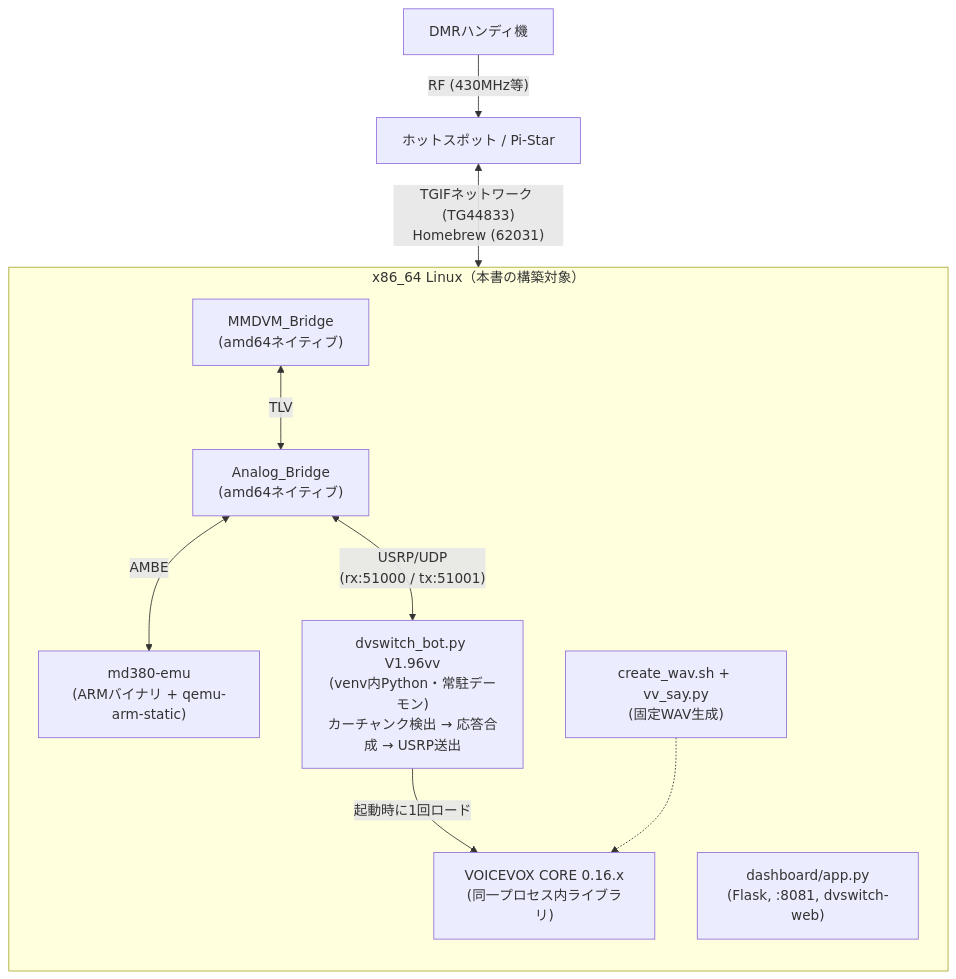
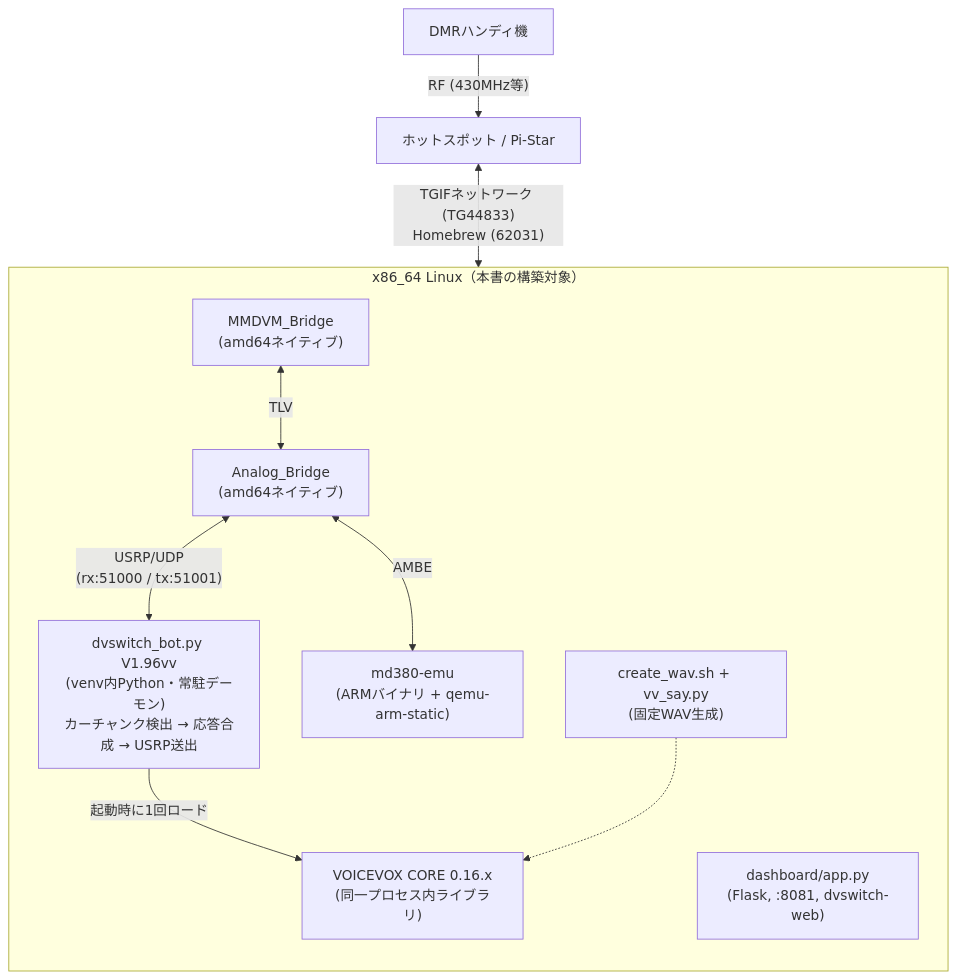
One commit to ji2tab/OpenCCVoice-For-DVSwitch changed the diagram in dvs_ocv_vv/OpenCCVoice for DVSwitch VV版（VOICEVOX）構築手順書.md. Above: the diagram before and after it, drawn with Mermaid. The commit also changed other lines of this file, not shown here.

First line of the commit message:
docs(vv): 0.2 構成図の md380-emu を右側に配置してレイアウトを整理

````diff
--- a/dvs_ocv_vv/OpenCCVoice for DVSwitch VV版（VOICEVOX）構築手順書.md
+++ b/dvs_ocv_vv/OpenCCVoice for DVSwitch VV版（VOICEVOX）構築手順書.md
@@ -22,22 +22,22 @@
 ```mermaid
 flowchart TD
     HT["DMRハンディ機"] -- "RF (430MHz等)" --> HS["ホットスポット / Pi-Star"]
     HS <-- "TGIFネットワーク (TG44833)<br/>Homebrew (62031)" --> MB
 
     subgraph HOST ["x86_64 Linux（本書の構築対象）"]
         direction TB
         MB["MMDVM_Bridge<br/>(amd64ネイティブ)"]
         AB["Analog_Bridge<br/>(amd64ネイティブ)"]
         EMU["md380-emu<br/>(ARMバイナリ + qemu-arm-static)"]
         BOT["dvswitch_bot.py V1.96vv<br/>(venv内Python・常駐デーモン)<br/>カーチャンク検出 → 応答合成 → USRP送出"]
         VVC["VOICEVOX CORE 0.16.x<br/>(同一プロセス内ライブラリ)"]
         CW["create_wav.sh + vv_say.py<br/>(固定WAV生成)"]
         DASH["dashboard/app.py<br/>(Flask, :8081, dvswitch-web)"]
 
         MB <-- "TLV" --> AB
+        AB <-- "USRP/UDP<br/>(rx:51000 / tx:51001)" --> BOT
         AB <-- "AMBE" --> EMU
-        AB <-- "USRP/UDP<br/>(rx:51000 / tx:51001)" --> BOT
         BOT -- "起動時に1回ロード" --> VVC
         CW -.-> VVC
     end
 ```
````
